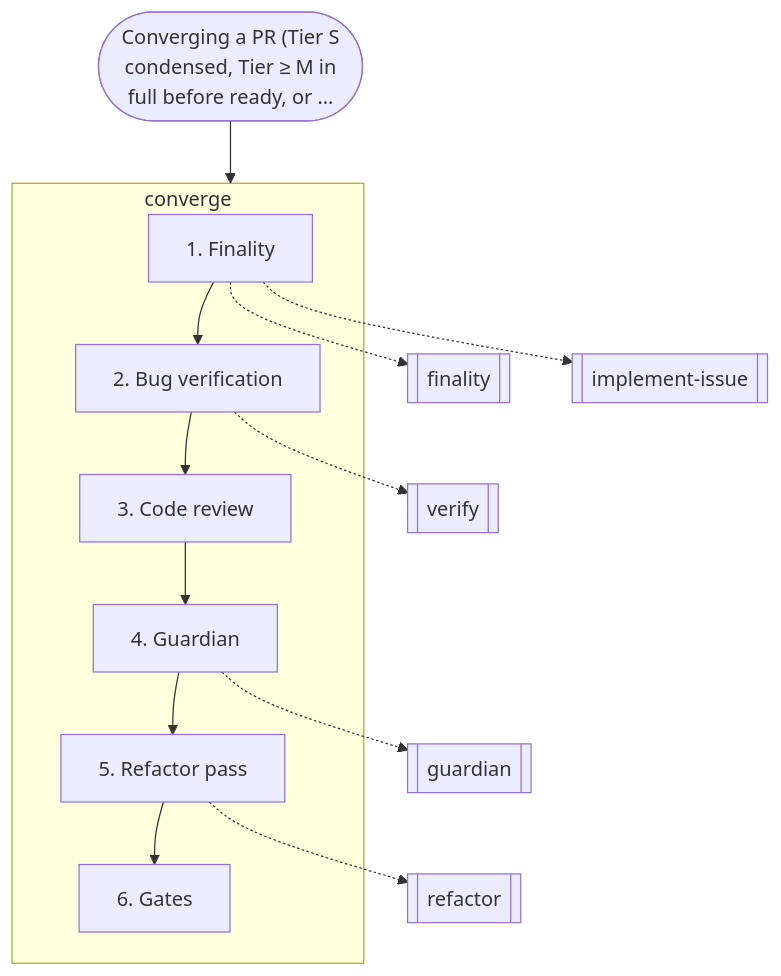
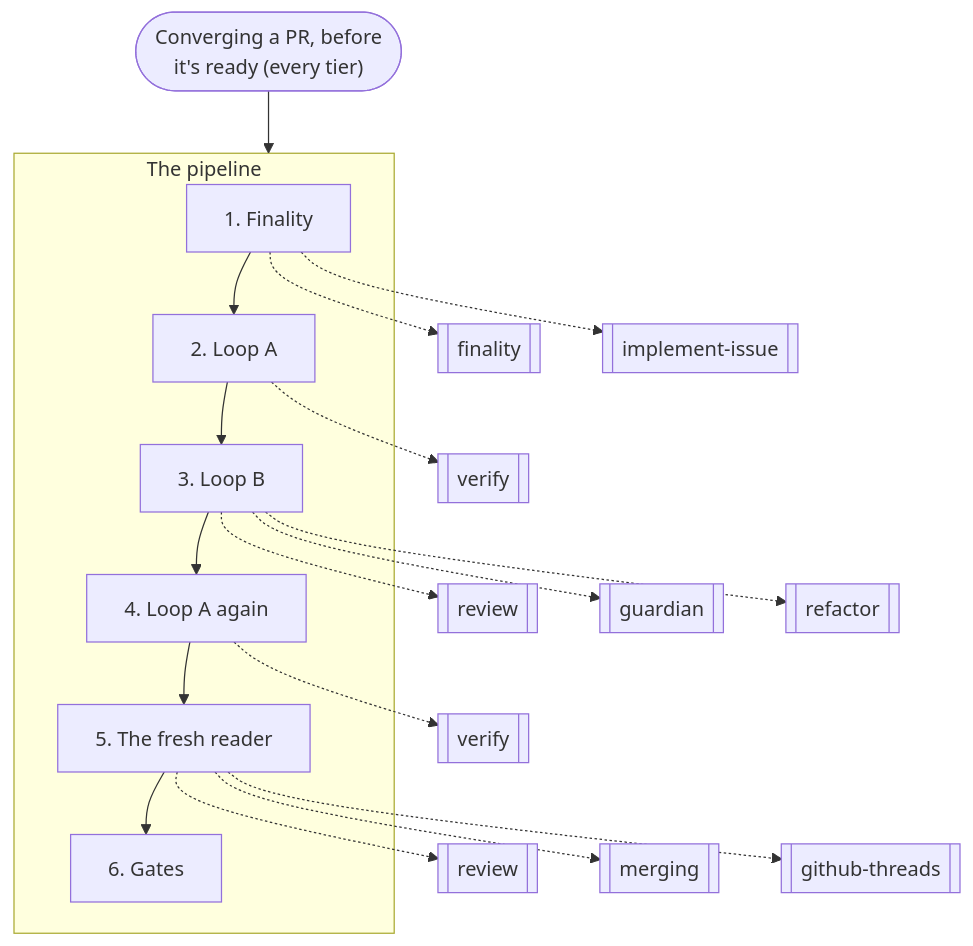
The seventh of 14 diagrams in docs/graphs.md (nitedani/mergeworthy), drawn with Mermaid before and after one commit. The commit also changed other lines of this file and 12 other files, not shown here.

````diff
--- a/docs/graphs.md
+++ b/docs/graphs.md
@@ -210,23 +202,28 @@
 ```mermaid
 flowchart TB
-  start(["Converging a PR (Tier S<br/>condensed, Tier ≥ M in<br/>full before ready, or …"])
-  subgraph g0["converge"]
+  start(["Converging a PR, before<br/>it's ready (every tier)"])
+  subgraph g0["The pipeline"]
     s0["1. Finality"]
-    s1["2. Bug verification"]
+    s1["2. Loop A"]
     s0 --> s1
-    s2["3. Code review"]
+    s2["3. Loop B"]
     s1 --> s2
-    s3["4. Guardian"]
+    s3["4. Loop A again"]
     s2 --> s3
-    s4["5. Refactor pass"]
+    s4["5. The fresh reader"]
     s3 --> s4
     s5["6. Gates"]
     s4 --> s5
   end
   s0 -.-> r1[["finality"]]
   s0 -.-> r2[["implement-issue"]]
   s1 -.-> r3[["verify"]]
-  s3 -.-> r4[["guardian"]]
-  s4 -.-> r5[["refactor"]]
+  s2 -.-> r4[["review"]]
+  s2 -.-> r5[["guardian"]]
+  s2 -.-> r6[["refactor"]]
+  s3 -.-> r7[["verify"]]
+  s4 -.-> r8[["review"]]
+  s4 -.-> r9[["merging"]]
+  s4 -.-> r10[["github-threads"]]
   start --> g0
 ```
````
